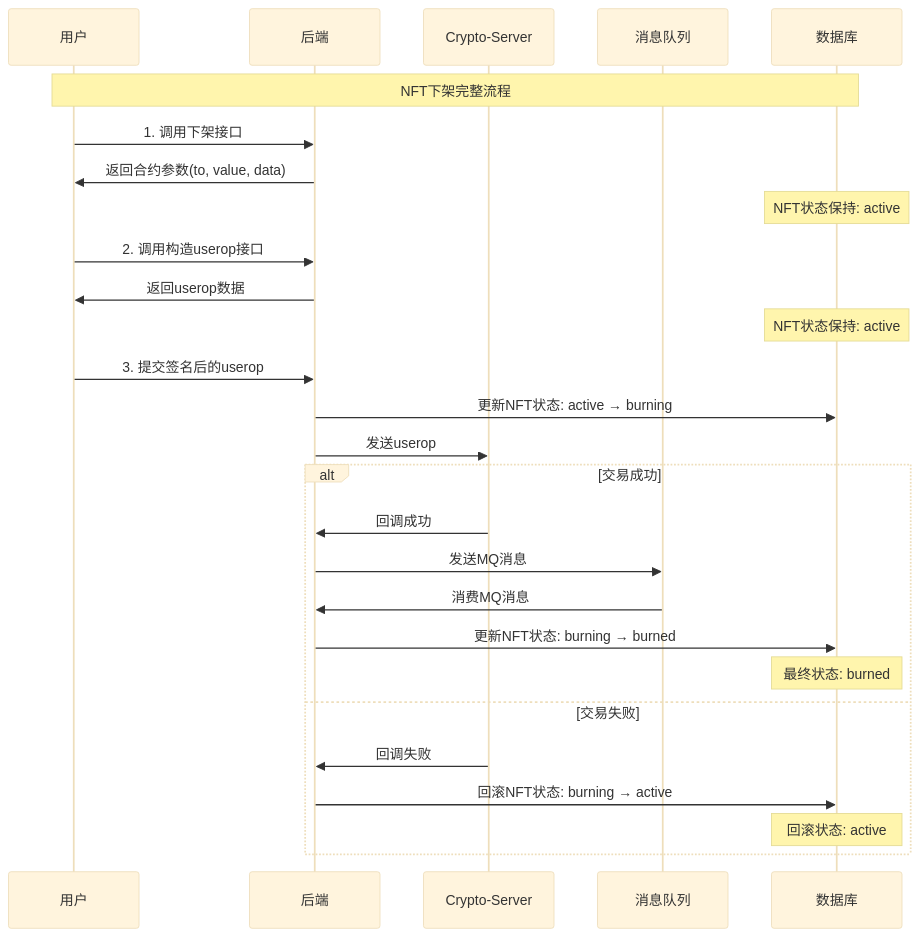
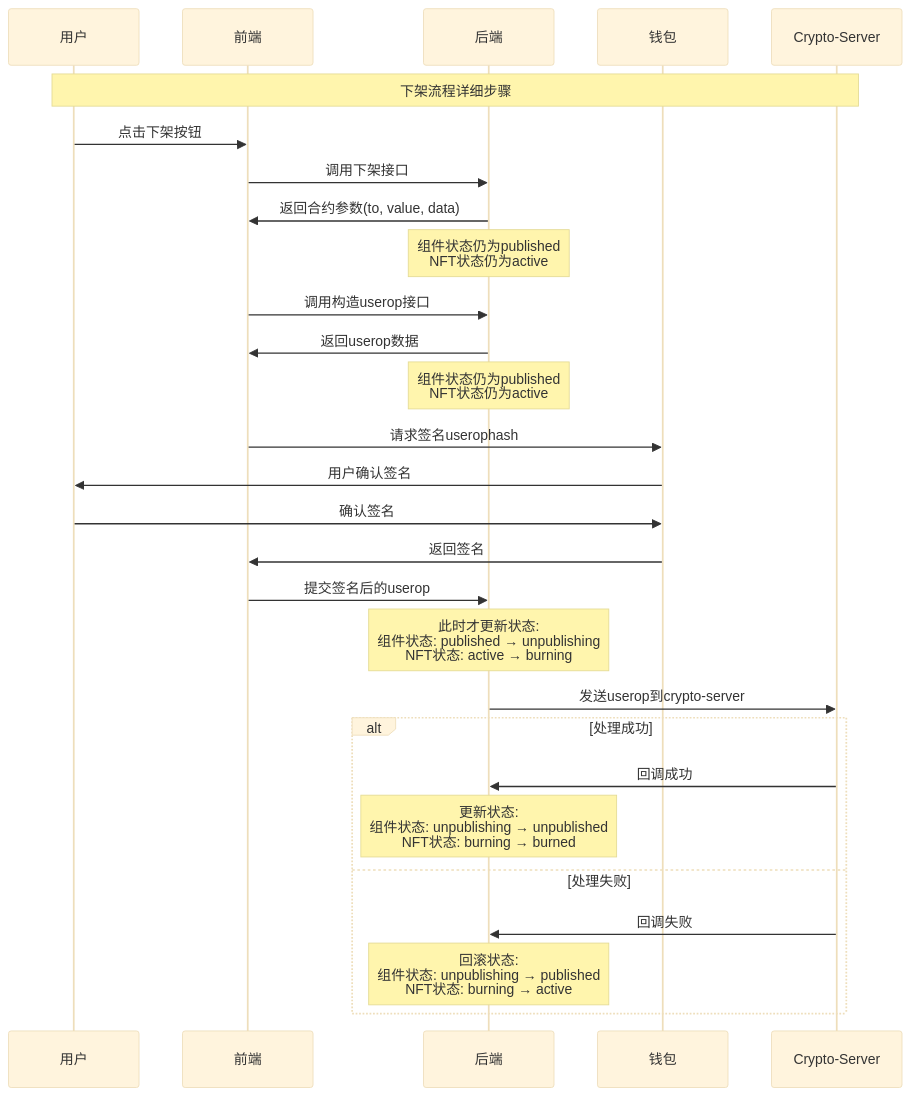
Before and after one commit to yingjianzh/iodraw-files: the diagram in all/未命名-76.md, drawn with Mermaid (base theme).

Commit message:
2025-07-08 11:19:34 update

````diff
--- a/all/未命名-76.md
+++ b/all/未命名-76.md
@@ -1,34 +1,36 @@
 ```mermaid
 sequenceDiagram
     participant User as 用户
+    participant Frontend as 前端
     participant Backend as 后端
+    participant Wallet as 钱包
     participant CryptoServer as Crypto-Server
-    participant MQ as 消息队列
-    participant DB as 数据库
     
-    Note over User,DB: NFT下架完整流程
+    Note over User,CryptoServer: 下架流程详细步骤
     
-    User->>Backend: 1. 调用下架接口
-    Backend->>User: 返回合约参数(to, value, data)
-    Note over DB: NFT状态保持: active
+    User->>Frontend: 点击下架按钮
+    Frontend->>Backend: 调用下架接口
+    Backend->>Frontend: 返回合约参数(to, value, data)
+    Note over Backend: 组件状态仍为published<br/>NFT状态仍为active
     
-    User->>Backend: 2. 调用构造userop接口
-    Backend->>User: 返回userop数据
-    Note over DB: NFT状态保持: active
+    Frontend->>Backend: 调用构造userop接口
+    Backend->>Frontend: 返回userop数据
+    Note over Backend: 组件状态仍为published<br/>NFT状态仍为active
     
-    User->>Backend: 3. 提交签名后的userop
-    Backend->>DB: 更新NFT状态: active → burning
-    Backend->>CryptoServer: 发送userop
+    Frontend->>Wallet: 请求签名userophash
+    Wallet->>User: 用户确认签名
+    User->>Wallet: 确认签名
+    Wallet->>Frontend: 返回签名
     
-    alt 交易成功
+    Frontend->>Backend: 提交签名后的userop
+    Note over Backend: 此时才更新状态:<br/>组件状态: published → unpublishing<br/>NFT状态: active → burning
+    Backend->>CryptoServer: 发送userop到crypto-server
+    
+    alt 处理成功
         CryptoServer->>Backend: 回调成功
-        Backend->>MQ: 发送MQ消息
-        MQ->>Backend: 消费MQ消息
-        Backend->>DB: 更新NFT状态: burning → burned
-        Note over DB: 最终状态: burned
-    else 交易失败
+        Note over Backend: 更新状态:<br/>组件状态: unpublishing → unpublished<br/>NFT状态: burning → burned
+    else 处理失败
         CryptoServer->>Backend: 回调失败
-        Backend->>DB: 回滚NFT状态: burning → active
-        Note over DB: 回滚状态: active
+        Note over Backend: 回滚状态:<br/>组件状态: unpublishing → published<br/>NFT状态: burning → active
     end
 ```
````
